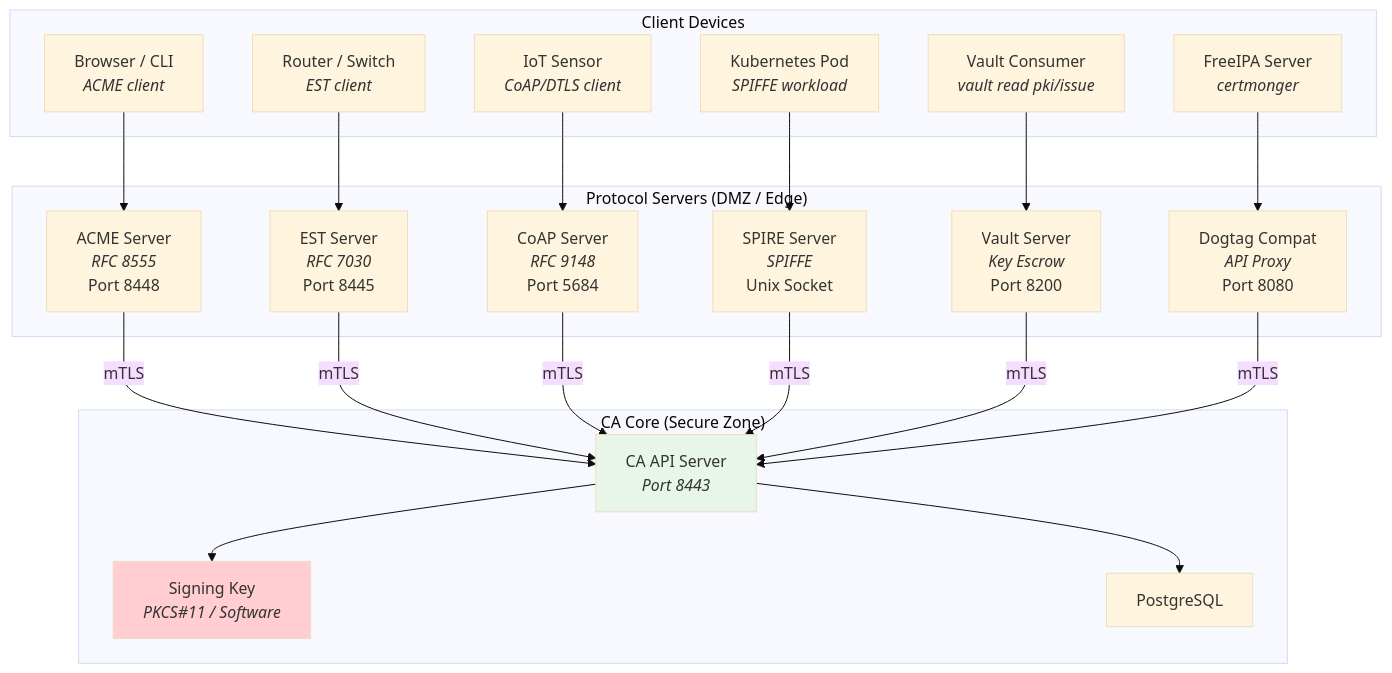
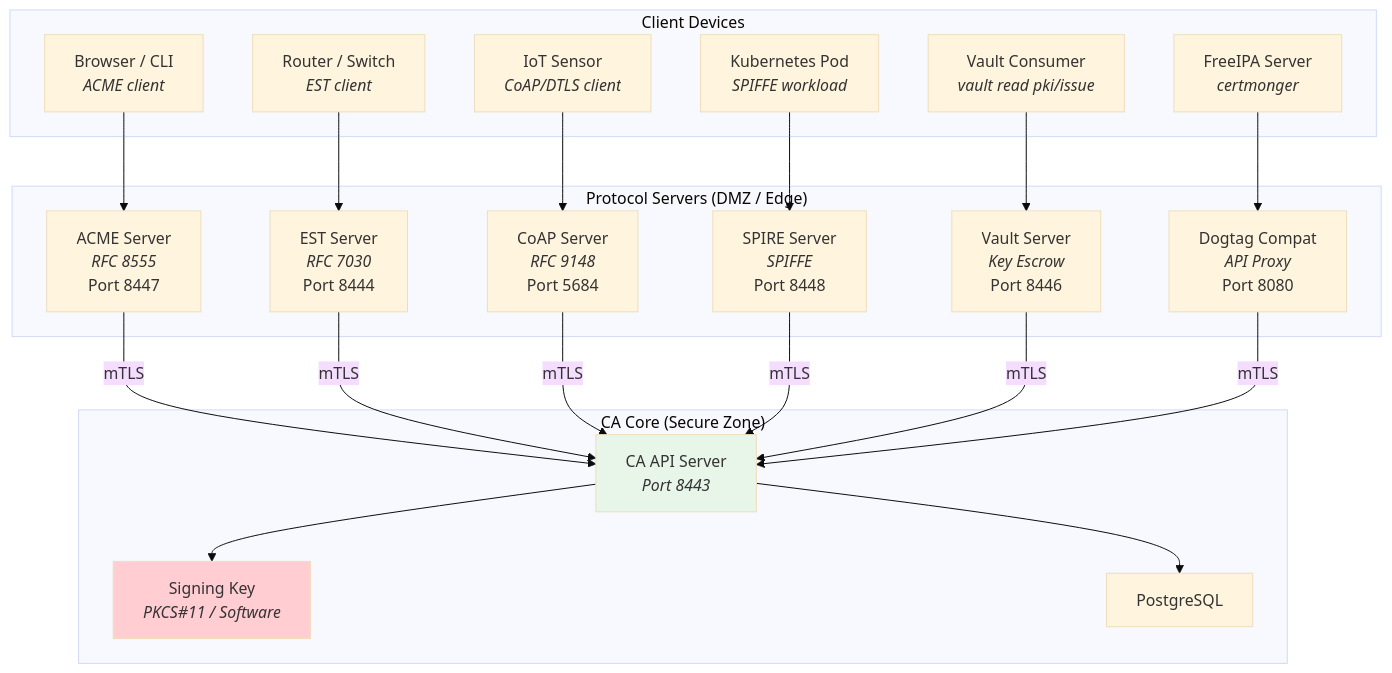
One commit to czinda/czinda-io changed the first of 7 diagrams in content/posts/pki-next-part5-protocol-servers.md. Above: the diagram before and after it, drawn with Mermaid (base theme). The commit also changed other lines of this file and 4 other files, not shown here.

```diff
--- a/content/posts/pki-next-part5-protocol-servers.md
+++ b/content/posts/pki-next-part5-protocol-servers.md
@@ -20,46 +20,46 @@
 {{< mermaid >}}
 graph TB
     subgraph "Client Devices"
         browser["Browser / CLI<br/><i>ACME client</i>"]
         router["Router / Switch<br/><i>EST client</i>"]
         sensor["IoT Sensor<br/><i>CoAP/DTLS client</i>"]
         pod["Kubernetes Pod<br/><i>SPIFFE workload</i>"]
         vault_client["Vault Consumer<br/><i>vault read pki/issue</i>"]
         ipa["FreeIPA Server<br/><i>certmonger</i>"]
     end
 
     subgraph "Protocol Servers (DMZ / Edge)"
-        acme["ACME Server<br/><i>RFC 8555</i><br/>Port 8448"]
-        est["EST Server<br/><i>RFC 7030</i><br/>Port 8445"]
+        acme["ACME Server<br/><i>RFC 8555</i><br/>Port 8447"]
+        est["EST Server<br/><i>RFC 7030</i><br/>Port 8444"]
         coap["CoAP Server<br/><i>RFC 9148</i><br/>Port 5684"]
-        spire["SPIRE Server<br/><i>SPIFFE</i><br/>Unix Socket"]
-        vault_srv["Vault Server<br/><i>Key Escrow</i><br/>Port 8200"]
+        spire["SPIRE Server<br/><i>SPIFFE</i><br/>Port 8448"]
+        vault_srv["Vault Server<br/><i>Key Escrow</i><br/>Port 8446"]
         dogtag["Dogtag Compat<br/><i>API Proxy</i><br/>Port 8080"]
     end
 
     subgraph "CA Core (Secure Zone)"
         ca["CA API Server<br/><i>Port 8443</i>"]
         hsm["Signing Key<br/><i>PKCS#11 / Software</i>"]
         db["PostgreSQL"]
     end
 
     browser --> acme
     router --> est
     sensor --> coap
     pod --> spire
     vault_client --> vault_srv
     ipa --> dogtag
 
     acme -->|"mTLS"| ca
     est -->|"mTLS"| ca
     coap -->|"mTLS"| ca
     spire -->|"mTLS"| ca
     vault_srv -->|"mTLS"| ca
     dogtag -->|"mTLS"| ca
 
     ca --> hsm
     ca --> db
 
     style ca fill:#e8f5e9
     style hsm fill:#ffcdd2
 {{< /mermaid >}}
```
